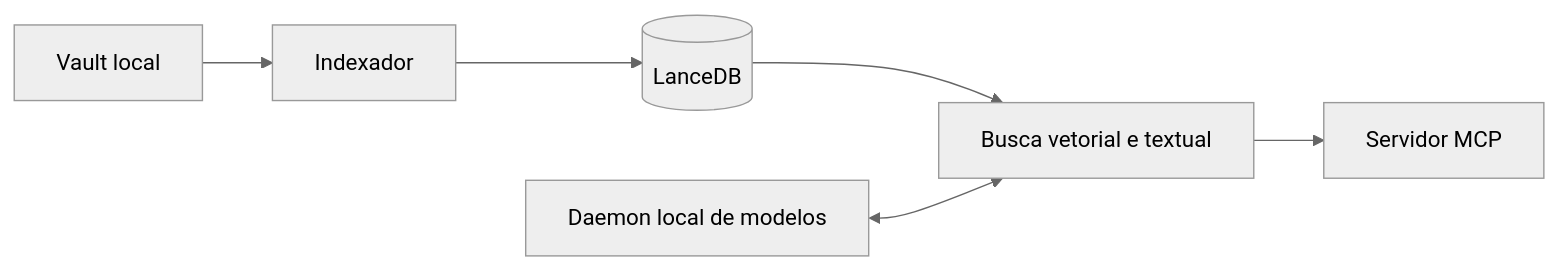
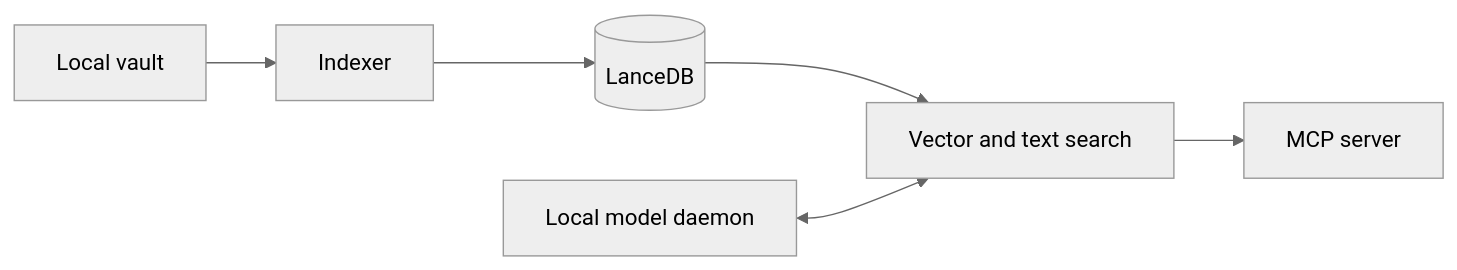
The diagram in CLAUDE.md (everton-dgn/vault-search-mcp), drawn with Mermaid (neutral theme) before and after one commit. The commit also changed other lines of this file and 200 other files, not shown here.

Commit message:
feat: prepare vault search for public release

````diff
--- a/CLAUDE.md
+++ b/CLAUDE.md
@@ -39,8 +40,8 @@
 ```mermaid
 flowchart LR
-    V[Vault local] --> I[Indexador]
+    V[Local vault] --> I[Indexer]
     I --> L[(LanceDB)]
-    L --> S[Busca vetorial e textual]
-    D[Daemon local de modelos] <--> S
-    S --> M[Servidor MCP]
+    L --> S[Vector and text search]
+    D[Local model daemon] <--> S
+    S --> M[MCP server]
 ```
````
